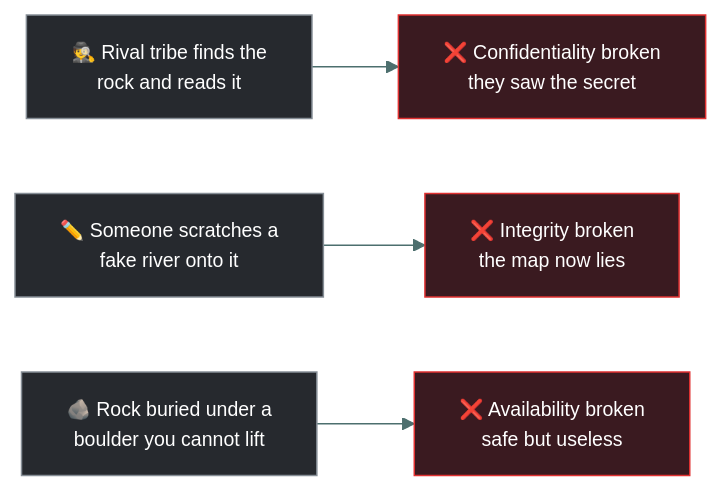
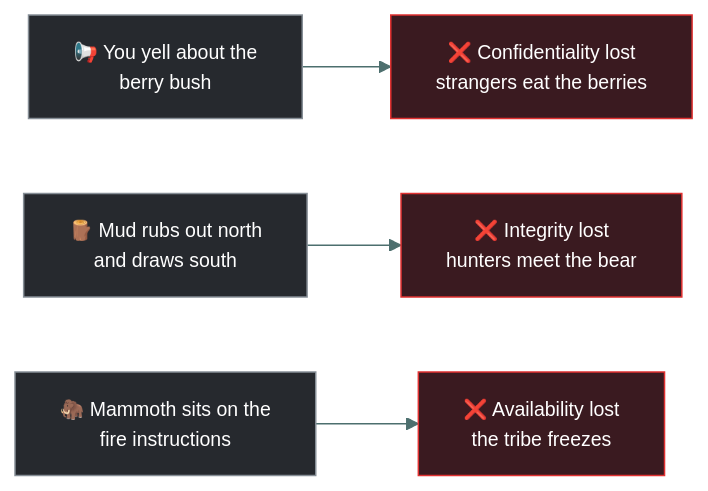
The second of 3 diagrams in 01-security-principles/cia-triad/README.md (tarunTejaDesireddy/cc-exam-prep), drawn with Mermaid before and after one commit. The commit also changed other lines of this file and 1 other file, not shown here.

First line of the commit message:
Rewrite the CIA triad as the Three Big Rules of the Secret Cave

````diff
--- a/01-security-principles/cia-triad/README.md
+++ b/01-security-principles/cia-triad/README.md
@@ -83,14 +112,14 @@
 ```mermaid
 %%{init: {'theme':'base','themeVariables':{'fontFamily':'Segoe UI, Helvetica Neue, Arial, sans-serif','fontSize':'13px','lineColor':'#4d6f6e','textColor':'#dbe7e6'}}}%%
 flowchart LR
-    T1["🕵️ Rival tribe finds the<br/>rock and reads it"] --> F1["❌ Confidentiality broken<br/>they saw the secret"]
-    T2["✏️ Someone scratches a<br/>fake river onto it"] --> F2["❌ Integrity broken<br/>the map now lies"]
-    T3["🪨 Rock buried under a<br/>boulder you cannot lift"] --> F3["❌ Availability broken<br/>safe but useless"]
+    F1["📢 You yell about the<br/>berry bush"] --> B1["❌ Confidentiality lost<br/>strangers eat the berries"]
+    F2["🪵 Mud rubs out north<br/>and draws south"] --> B2["❌ Integrity lost<br/>hunters meet the bear"]
+    F3["🦣 Mammoth sits on the<br/>fire instructions"] --> B3["❌ Availability lost<br/>the tribe freezes"]
 
-    style T1 fill:#26292e,stroke:#868E96,color:#fff
-    style T2 fill:#26292e,stroke:#868E96,color:#fff
-    style T3 fill:#26292e,stroke:#868E96,color:#fff
-    style F1 fill:#3a1a20,stroke:#E03131,color:#fff
-    style F2 fill:#3a1a20,stroke:#E03131,color:#fff
-    style F3 fill:#3a1a20,stroke:#E03131,color:#fff
+    style F1 fill:#26292e,stroke:#868E96,color:#fff
+    style F2 fill:#26292e,stroke:#868E96,color:#fff
+    style F3 fill:#26292e,stroke:#868E96,color:#fff
+    style B1 fill:#3a1a20,stroke:#E03131,color:#fff
+    style B2 fill:#3a1a20,stroke:#E03131,color:#fff
+    style B3 fill:#3a1a20,stroke:#E03131,color:#fff
 ```
````
